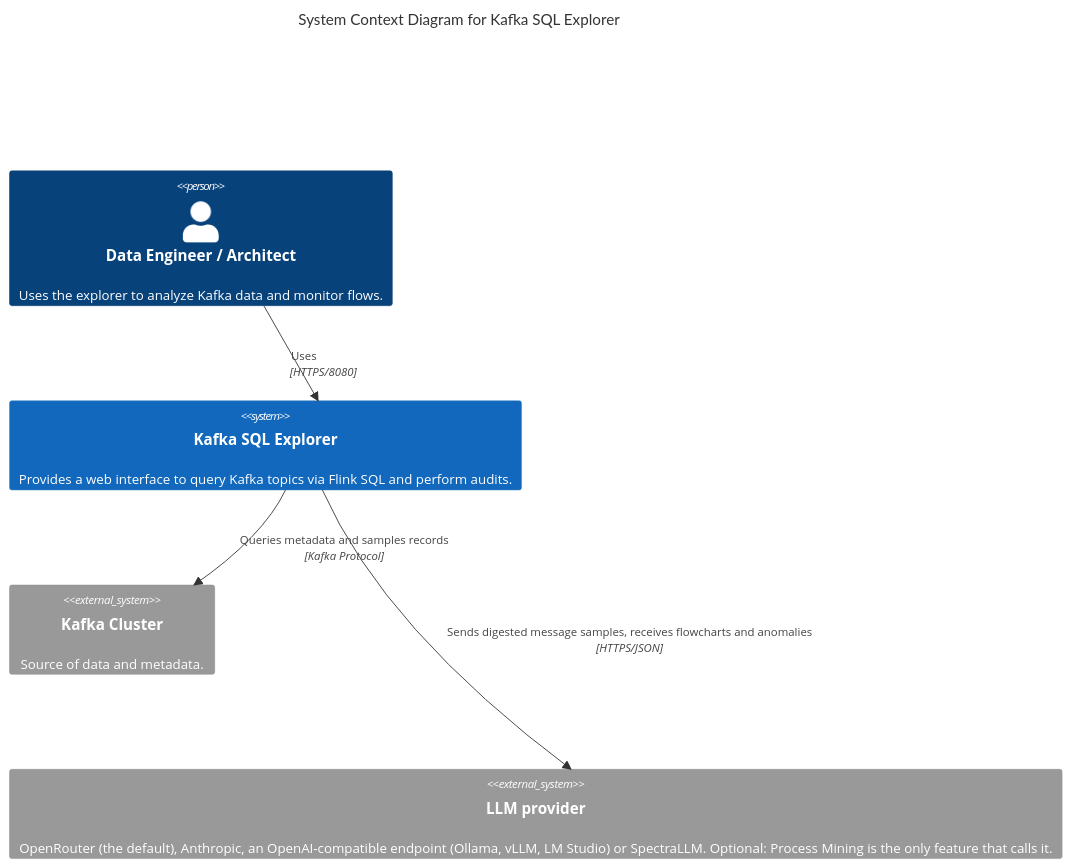
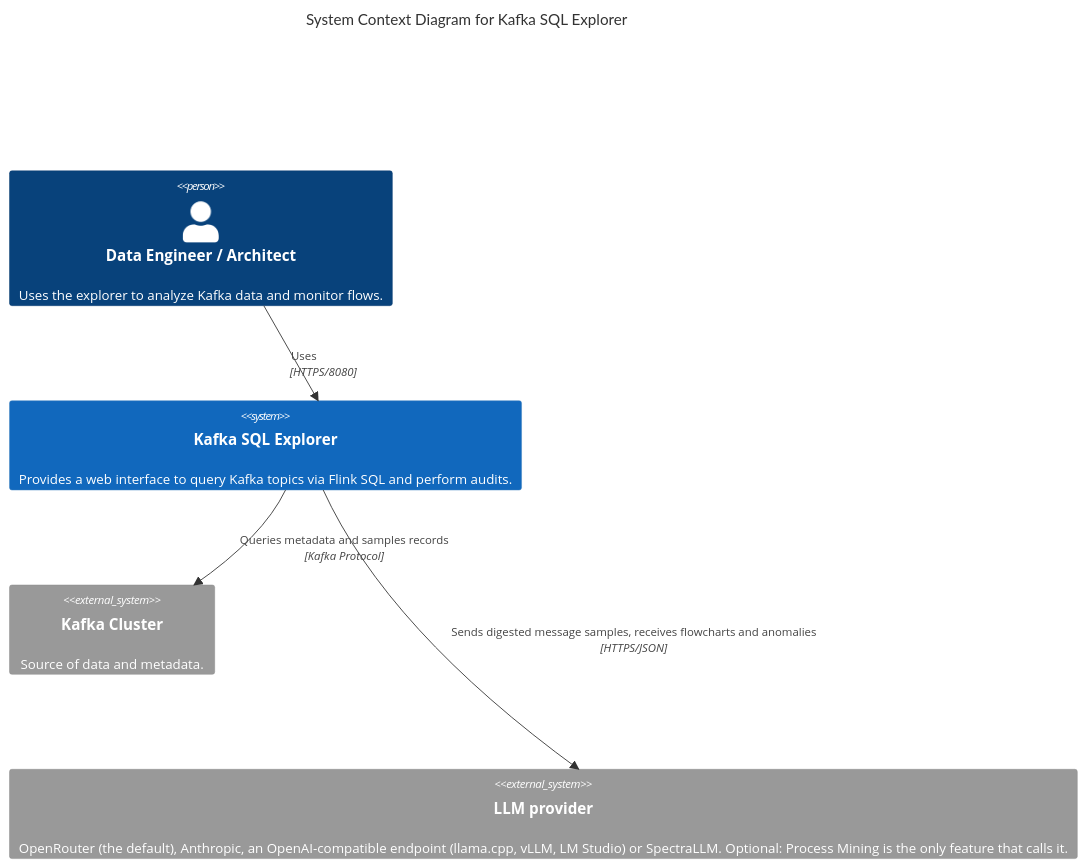
The first of 3 diagrams in docs/architecture.md (devdownin/Kafkaexplorer), drawn with Mermaid before and after one commit. The commit also changed other lines of this file and 84 other files, not shown here.

First line of the commit message:
feat!: llama.cpp replaces Ollama as the local runtime

````diff
--- a/docs/architecture.md
+++ b/docs/architecture.md
@@ -7,13 +7,13 @@
 ```mermaid
 C4Context
     title System Context Diagram for Kafka SQL Explorer
 
     Person(user, "Data Engineer / Architect", "Uses the explorer to analyze Kafka data and monitor flows.")
     System(explorer, "Kafka SQL Explorer", "Provides a web interface to query Kafka topics via Flink SQL and perform audits.")
     System_Ext(kafka, "Kafka Cluster", "Source of data and metadata.")
-    System_Ext(llm, "LLM provider", "OpenRouter (the default), Anthropic, an OpenAI-compatible endpoint (Ollama, vLLM, LM Studio) or SpectraLLM. Optional: Process Mining is the only feature that calls it.")
+    System_Ext(llm, "LLM provider", "OpenRouter (the default), Anthropic, an OpenAI-compatible endpoint (llama.cpp, vLLM, LM Studio) or SpectraLLM. Optional: Process Mining is the only feature that calls it.")
 
     Rel(user, explorer, "Uses", "HTTPS/8080")
     Rel(explorer, kafka, "Queries metadata and samples records", "Kafka Protocol")
     Rel(explorer, llm, "Sends digested message samples, receives flowcharts and anomalies", "HTTPS/JSON")
 ```
````
